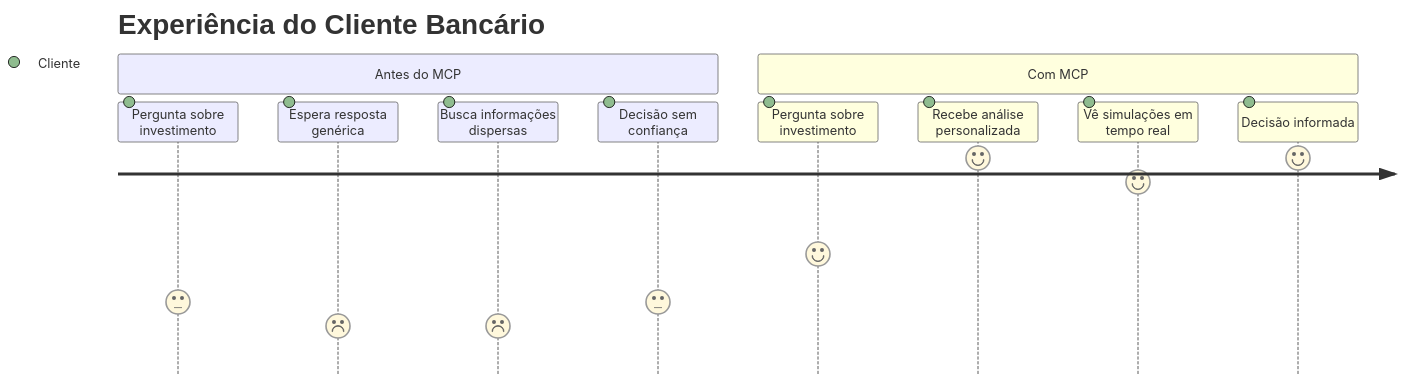
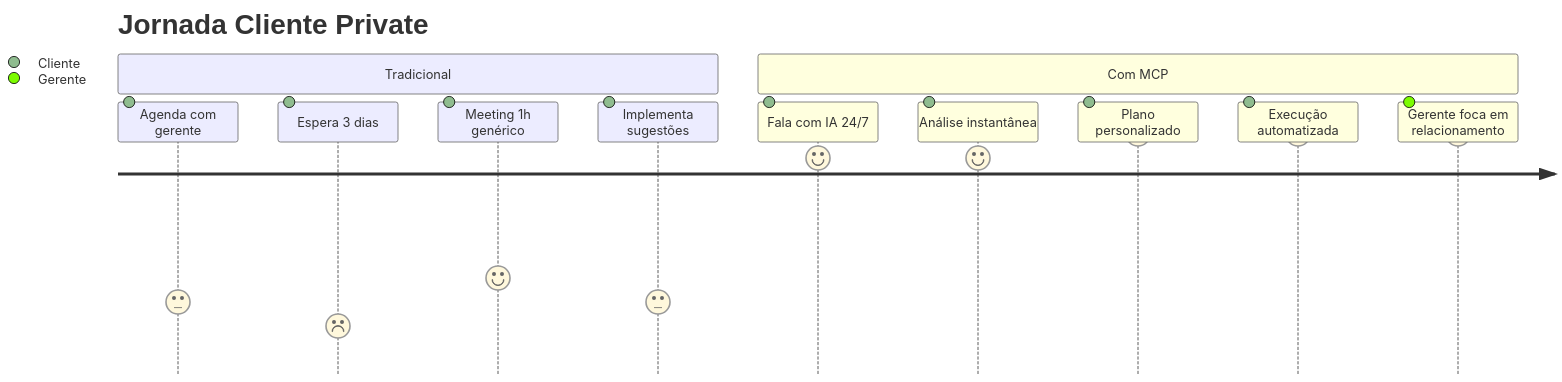
Before and after one commit to felipepimentel/my-public-notes: diagram 17 of 25 in AI/Comunicação/MCP/00-mcp-presentation-product.md, drawn with Mermaid. The commit also changed other lines of this file, not shown here.

````diff
--- a/AI/Comunicação/MCP/00-mcp-presentation-product.md
+++ b/AI/Comunicação/MCP/00-mcp-presentation-product.md
@@ -392,14 +431,15 @@
 ```mermaid
 journey
-    title Experiência do Cliente Bancário
-    section Antes do MCP
-      Pergunta sobre investimento: 3: Cliente
-      Espera resposta genérica: 2: Cliente
-      Busca informações dispersas: 2: Cliente
-      Decisão sem confiança: 3: Cliente
+    title Jornada Cliente Private
+    section Tradicional
+      Agenda com gerente: 3: Cliente
+      Espera 3 dias: 2: Cliente
+      Meeting 1h genérico: 4: Cliente
+      Implementa sugestões: 3: Cliente
     section Com MCP
-      Pergunta sobre investimento: 5: Cliente
-      Recebe análise personalizada: 9: Cliente
-      Vê simulações em tempo real: 8: Cliente
-      Decisão informada: 9: Cliente
+      Fala com IA 24/7: 9: Cliente
+      Análise instantânea: 9: Cliente
+      Plano personalizado: 10: Cliente
+      Execução automatizada: 10: Cliente
+      Gerente foca em relacionamento: 10: Gerente
 ```
````
